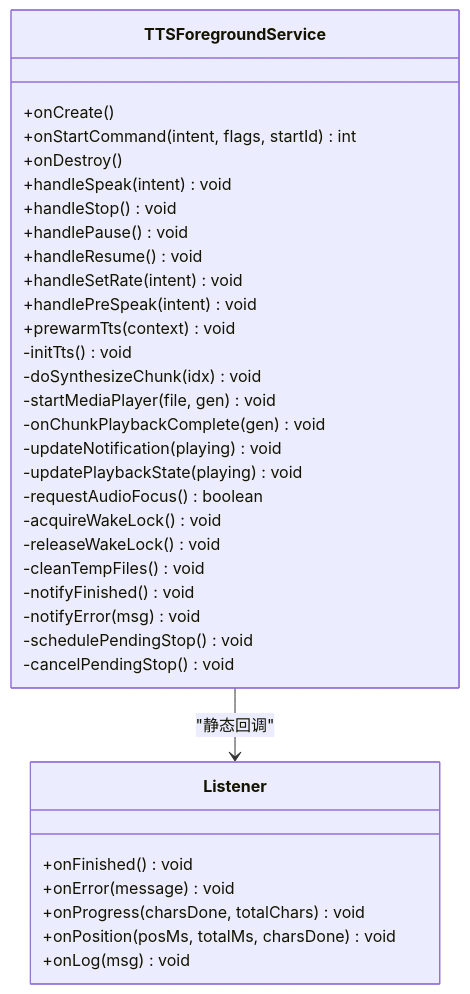
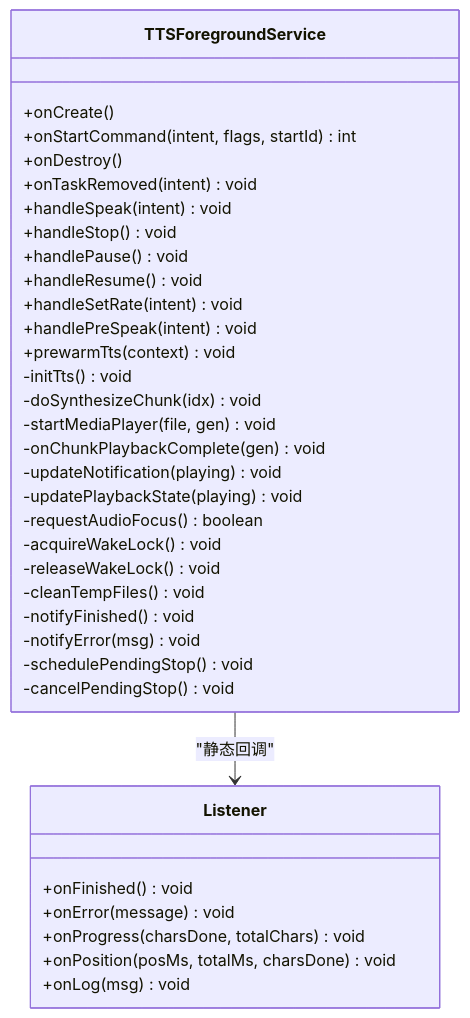
One commit to zhao-zg/cx changed the third of 5 diagrams in .qoder/repowiki/zh/content/移动应用开发/服务管理.md. Above: the diagram before and after it, drawn with Mermaid. The commit also changed other lines of this file and 31 other files, not shown here.

````diff
--- a/.qoder/repowiki/zh/content/移动应用开发/服务管理.md
+++ b/.qoder/repowiki/zh/content/移动应用开发/服务管理.md
@@ -167,37 +180,38 @@
 ```mermaid
 classDiagram
 class TTSForegroundService {
 +onCreate()
 +onStartCommand(intent, flags, startId) int
 +onDestroy()
++onTaskRemoved(intent) void
 +handleSpeak(intent) void
 +handleStop() void
 +handlePause() void
 +handleResume() void
 +handleSetRate(intent) void
 +handlePreSpeak(intent) void
 +prewarmTts(context) void
 -initTts() void
 -doSynthesizeChunk(idx) void
 -startMediaPlayer(file, gen) void
 -onChunkPlaybackComplete(gen) void
 -updateNotification(playing) void
 -updatePlaybackState(playing) void
 -requestAudioFocus() boolean
 -acquireWakeLock() void
 -releaseWakeLock() void
 -cleanTempFiles() void
 -notifyFinished() void
 -notifyError(msg) void
 -schedulePendingStop() void
 -cancelPendingStop() void
 }
 class Listener {
 +onFinished() void
 +onError(message) void
 +onProgress(charsDone, totalChars) void
 +onPosition(posMs, totalMs, charsDone) void
 +onLog(msg) void
 }
 TTSForegroundService --> Listener : "静态回调"
 ```
````
